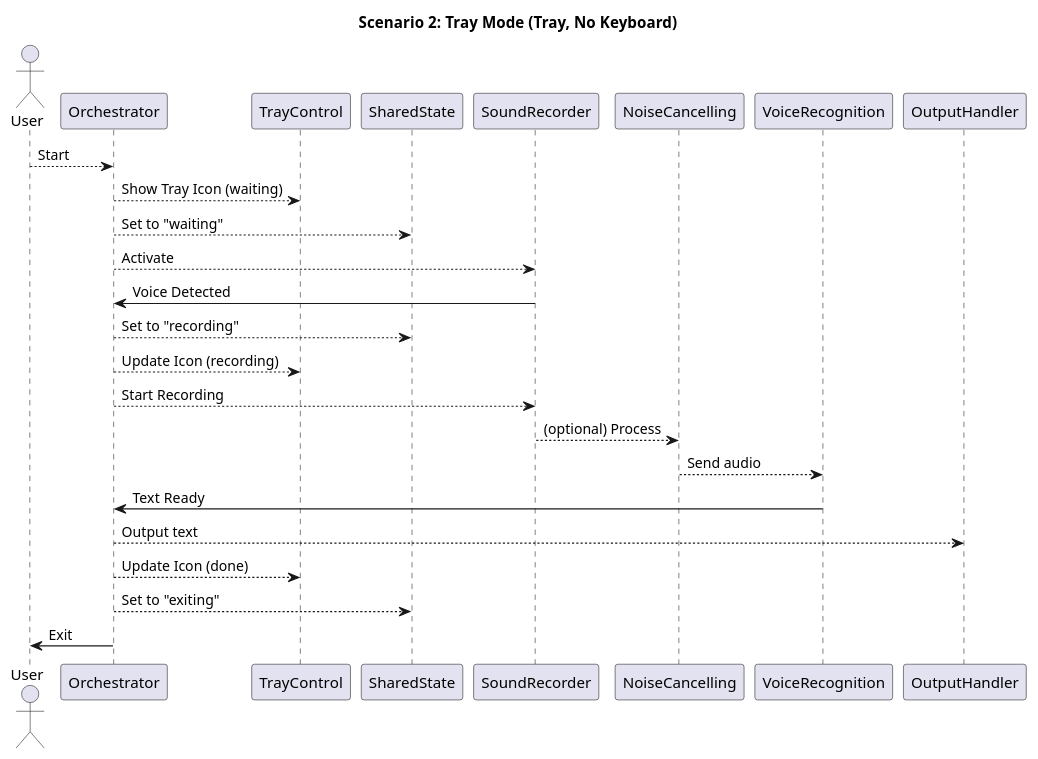
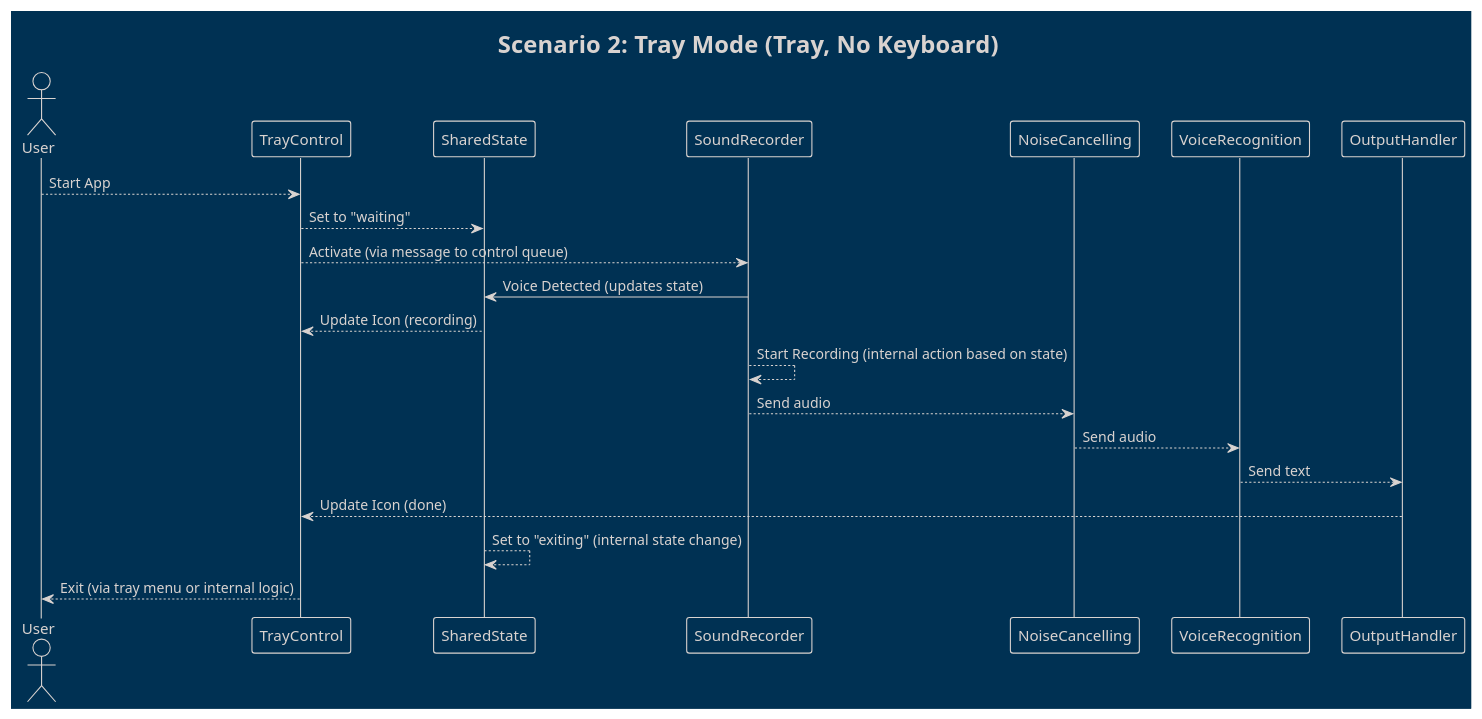
One commit to vovka/ubuntu_voice_to_text changed the third of 6 diagrams in docs/architecture v0.1.0/scenarios.md. Above: the diagram before and after it, drawn with PlantUML. The commit also changed other lines of this file and 7 other files, not shown here.

Commit message:
Reworked architecture to choreography

````diff
--- a/docs/architecture v0.1.0/scenarios.md
+++ b/docs/architecture v0.1.0/scenarios.md
@@ -79,25 +83,23 @@
 ```plantuml
 @startuml
+!theme blueprint
 title Scenario 2: Tray Mode (Tray, No Keyboard)
 
 actor User
 
-User --> Orchestrator: Start
-Orchestrator --> TrayControl: Show Tray Icon (waiting)
-Orchestrator --> SharedState: Set to "waiting"
-Orchestrator --> SoundRecorder: Activate
+User --> TrayControl: Start App
+TrayControl --> SharedState: Set to "waiting"
+TrayControl --> SoundRecorder: Activate (via message to control queue)
 
-SoundRecorder -> Orchestrator: Voice Detected
-Orchestrator --> SharedState: Set to "recording"
-Orchestrator --> TrayControl: Update Icon (recording)
-Orchestrator --> SoundRecorder: Start Recording
-SoundRecorder --> NoiseCancelling: (optional) Process
+SoundRecorder -> SharedState: Voice Detected (updates state)
+SharedState --> TrayControl: Update Icon (recording)
+SoundRecorder --> SoundRecorder: Start Recording (internal action based on state)
+SoundRecorder --> NoiseCancelling: Send audio
 NoiseCancelling --> VoiceRecognition: Send audio
-VoiceRecognition -> Orchestrator: Text Ready
-Orchestrator --> OutputHandler: Output text
-Orchestrator --> TrayControl: Update Icon (done)
-Orchestrator --> SharedState: Set to "exiting"
-Orchestrator -> User: Exit
+VoiceRecognition --> OutputHandler: Send text
+OutputHandler --> TrayControl: Update Icon (done)
+SharedState --> SharedState: Set to "exiting" (internal state change)
+TrayControl --> User: Exit (via tray menu or internal logic)
 
 @enduml
 ```
````
